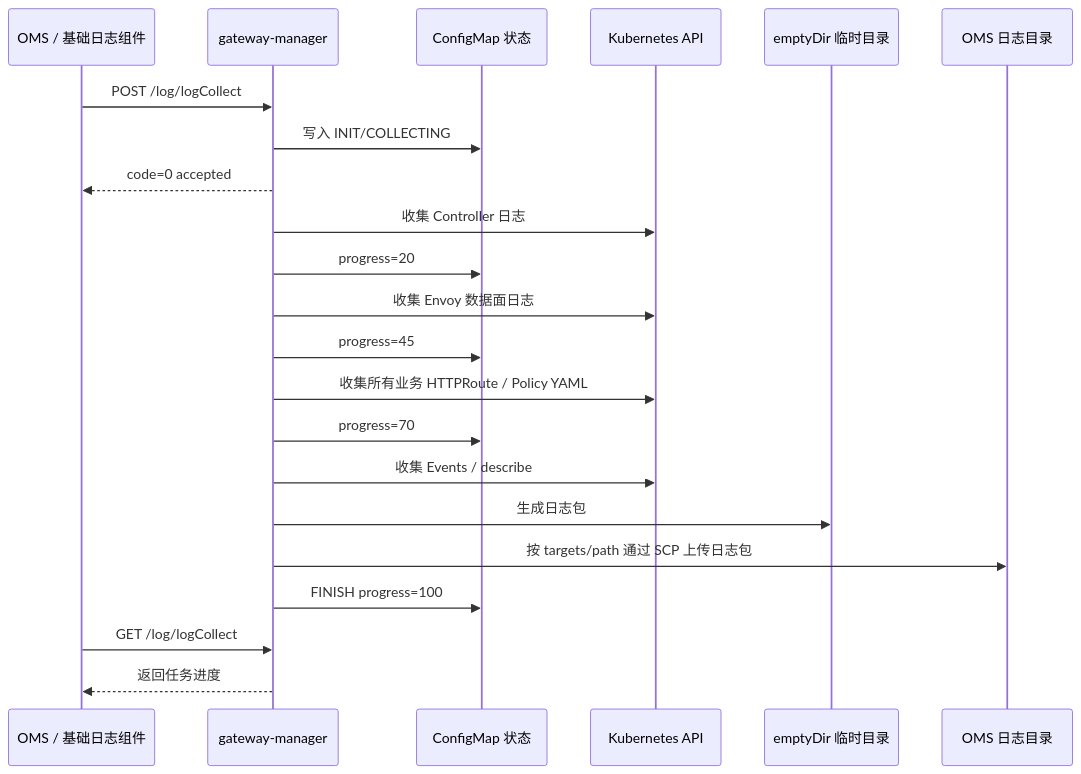
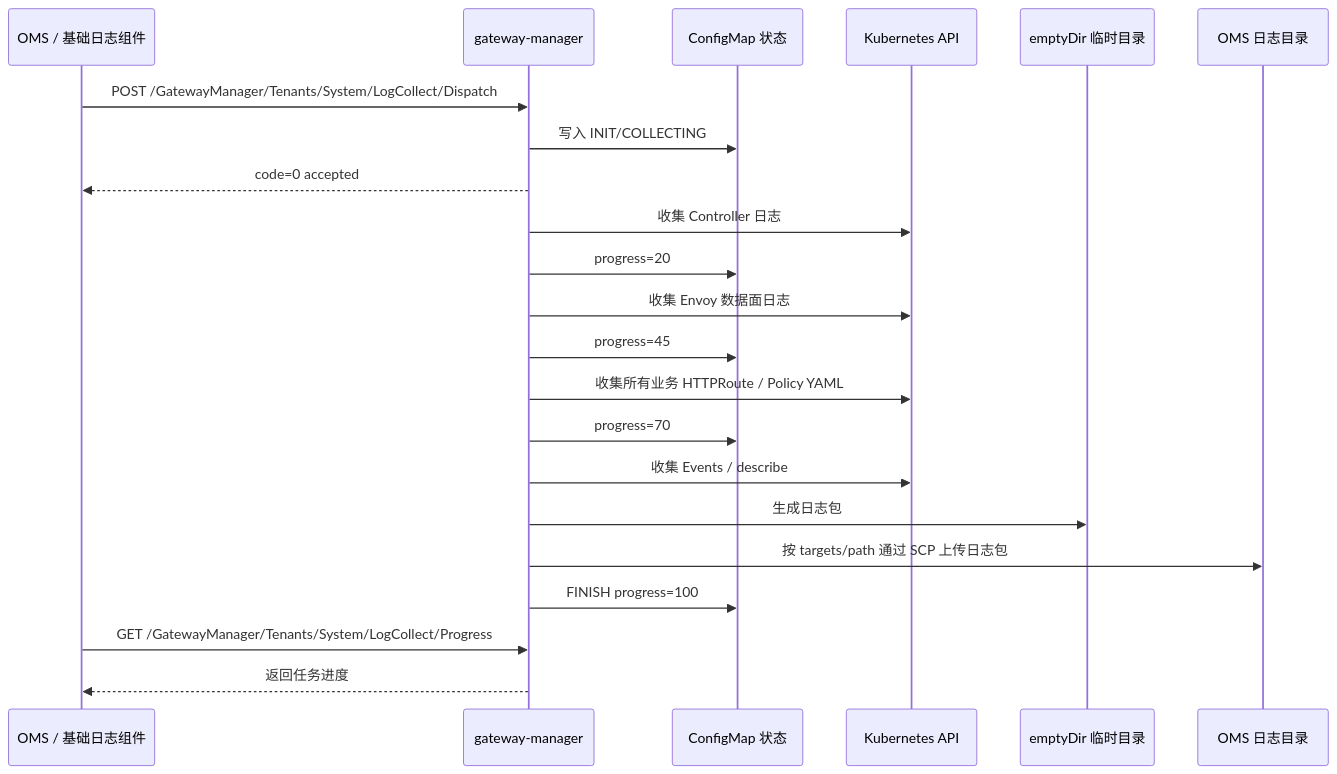
Before and after one commit to xiewanchao/aidp-iam: the second of 2 diagrams in package-gateway/OMS_LOG_COLLECT_API_README.md, drawn with Mermaid. The commit also changed other lines of this file and 15 other files, not shown here.

Commit message:
feat: add OMS log collection callbacks

````diff
--- a/package-gateway/OMS_LOG_COLLECT_API_README.md
+++ b/package-gateway/OMS_LOG_COLLECT_API_README.md
@@ -596,25 +577,25 @@
 ```mermaid
 sequenceDiagram
     participant OMS as OMS / 基础日志组件
     participant GM as gateway-manager
     participant CM as ConfigMap 状态
     participant K8S as Kubernetes API
     participant TMP as emptyDir 临时目录
     participant Repo as OMS 日志目录
 
-    OMS->>GM: POST /log/logCollect
+    OMS->>GM: POST /GatewayManager/Tenants/System/LogCollect/Dispatch
     GM->>CM: 写入 INIT/COLLECTING
     GM-->>OMS: code=0 accepted
     GM->>K8S: 收集 Controller 日志
     GM->>CM: progress=20
     GM->>K8S: 收集 Envoy 数据面日志
     GM->>CM: progress=45
     GM->>K8S: 收集所有业务 HTTPRoute / Policy YAML
     GM->>CM: progress=70
     GM->>K8S: 收集 Events / describe
     GM->>TMP: 生成日志包
     GM->>Repo: 按 targets/path 通过 SCP 上传日志包
     GM->>CM: FINISH progress=100
-    OMS->>GM: GET /log/logCollect
+    OMS->>GM: GET /GatewayManager/Tenants/System/LogCollect/Progress
     GM-->>OMS: 返回任务进度
 ```
````
